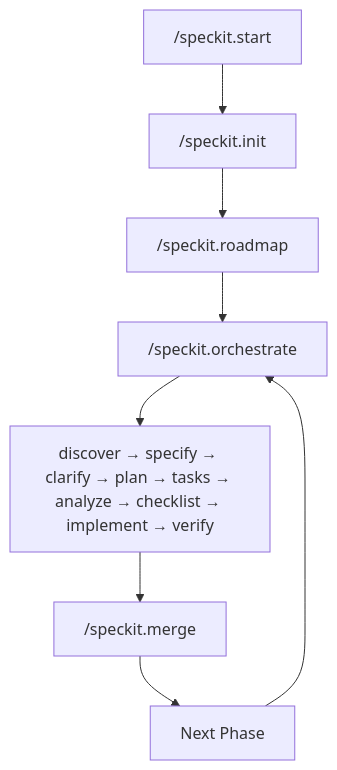
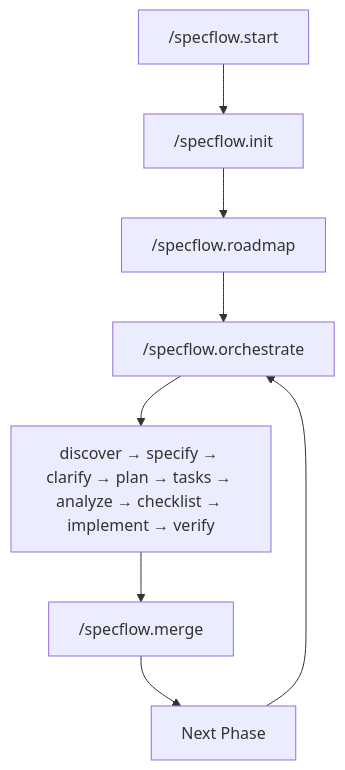
Before and after one commit to wiseyoda/claude-speckit-orchestration: the diagram in README.md, drawn with Mermaid. The commit also changed other lines of this file and 246 other files, not shown here.

````diff
--- a/README.md
+++ b/README.md
@@ -87,10 +87,10 @@
 ```mermaid
 flowchart TD
-    A["/speckit.start"] --> B["/speckit.init"]
-    B --> C["/speckit.roadmap"]
-    C --> D["/speckit.orchestrate"]
+    A["/specflow.start"] --> B["/specflow.init"]
+    B --> C["/specflow.roadmap"]
+    C --> D["/specflow.orchestrate"]
     D --> E["discover → specify → clarify → plan → tasks → analyze → checklist → implement → verify"]
-    E --> F["/speckit.merge"]
+    E --> F["/specflow.merge"]
     F --> G["Next Phase"]
     G --> D
 ```
````
